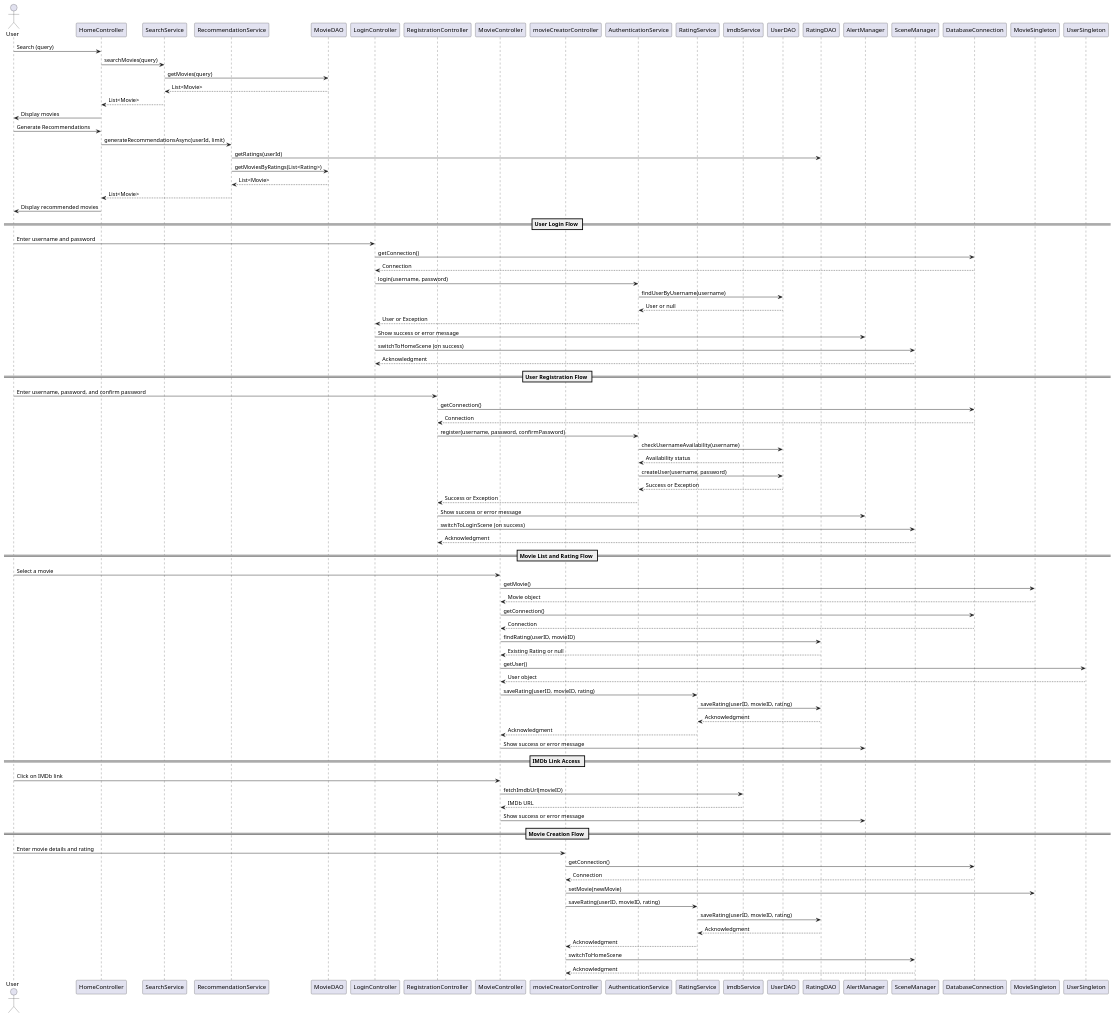
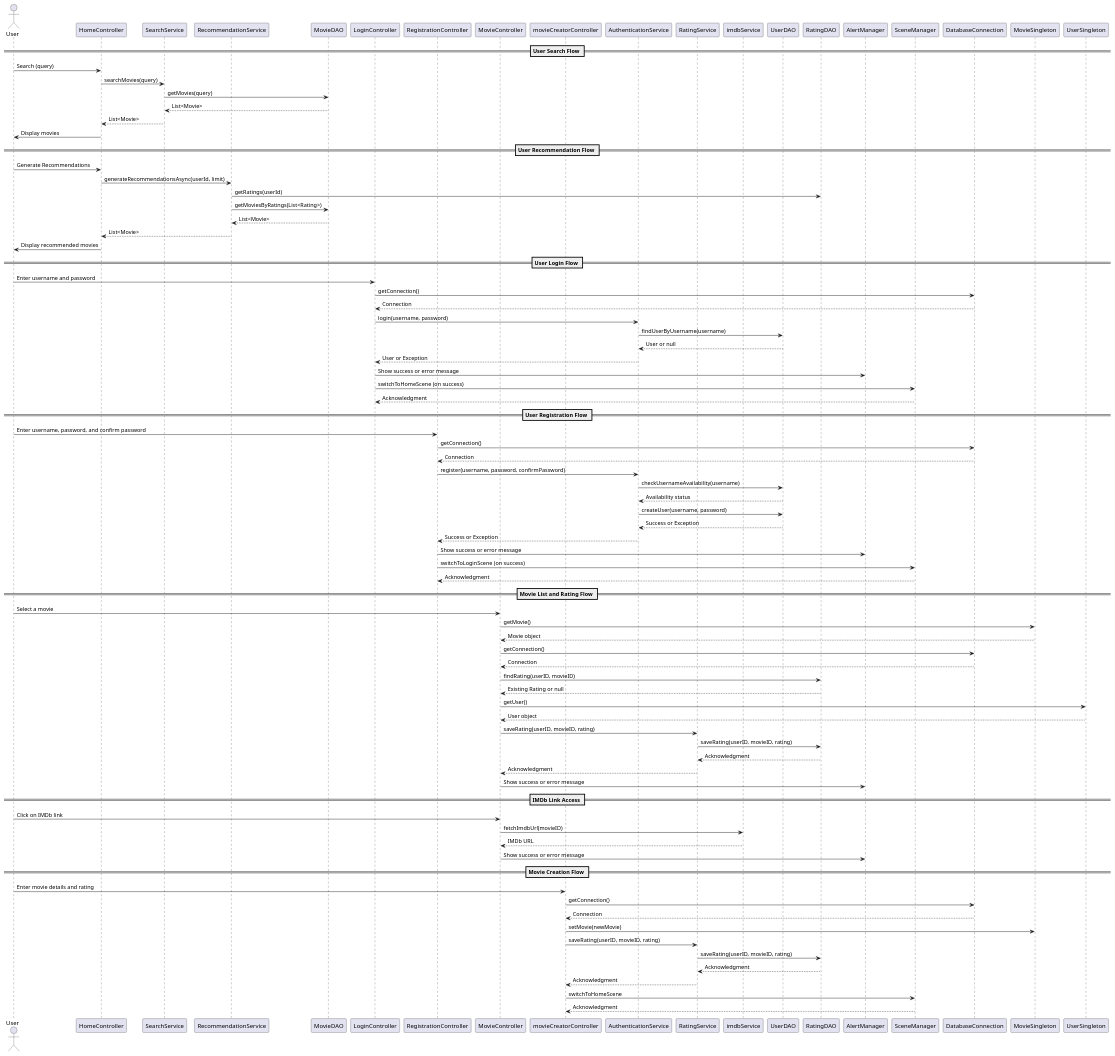
The diagram in uml/sequence_diagram.puml (Kacper-Slezak/SRF), drawn with PlantUML before and after one commit. The commit also changed 5 other files, not shown here.

```diff
--- a/uml/sequence_diagram.puml
+++ b/uml/sequence_diagram.puml
@@ -1,98 +1,100 @@
 @startuml
 actor User
 participant HomeController
 participant SearchService
 participant RecommendationService
 participant MovieDAO
 participant LoginController
 participant RegistrationController
 participant MovieController
 participant movieCreatorController
 participant AuthenticationService
 participant RatingService
 participant imdbService
 participant UserDAO
 participant RatingDAO
 participant AlertManager
 participant SceneManager
 participant DatabaseConnection
 participant MovieSingleton
 participant UserSingleton
 
-
-    User -> HomeController : Search (query)
+== User Search Flow ==
+User -> HomeController : Search (query)
 HomeController -> SearchService : searchMovies(query)
 SearchService -> MovieDAO : getMovies(query)
 MovieDAO --> SearchService : List<Movie>
 SearchService --> HomeController : List<Movie>
 HomeController -> User : Display movies
+
+== User Recommendation Flow ==
 
 User -> HomeController : Generate Recommendations
 HomeController -> RecommendationService : generateRecommendationsAsync(userId, limit)
 RecommendationService -> RatingDAO : getRatings(userId)
 RecommendationService -> MovieDAO : getMoviesByRatings(List<Rating>)
 MovieDAO --> RecommendationService : List<Movie>
 RecommendationService --> HomeController : List<Movie>
 HomeController -> User : Display recommended movies
 
 == User Login Flow ==
 User -> LoginController : Enter username and password
 LoginController -> DatabaseConnection : getConnection()
 DatabaseConnection --> LoginController : Connection
 LoginController -> AuthenticationService : login(username, password)
 AuthenticationService -> UserDAO : findUserByUsername(username)
 UserDAO --> AuthenticationService : User or null
 AuthenticationService --> LoginController : User or Exception
 LoginController -> AlertManager : Show success or error message
 LoginController -> SceneManager : switchToHomeScene (on success)
 SceneManager --> LoginController : Acknowledgment
 
 == User Registration Flow ==
 User -> RegistrationController : Enter username, password, and confirm password
 RegistrationController -> DatabaseConnection : getConnection()
 DatabaseConnection --> RegistrationController : Connection
 RegistrationController -> AuthenticationService : register(username, password, confirmPassword)
 AuthenticationService -> UserDAO : checkUsernameAvailability(username)
 UserDAO --> AuthenticationService : Availability status
 AuthenticationService -> UserDAO : createUser(username, password)
 UserDAO --> AuthenticationService : Success or Exception
 AuthenticationService --> RegistrationController : Success or Exception
 RegistrationController -> AlertManager : Show success or error message
 RegistrationController -> SceneManager : switchToLoginScene (on success)
 SceneManager --> RegistrationController : Acknowledgment
 
 == Movie List and Rating Flow ==
 User -> MovieController : Select a movie
 MovieController -> MovieSingleton : getMovie()
 MovieSingleton --> MovieController : Movie object
 MovieController -> DatabaseConnection : getConnection()
 DatabaseConnection --> MovieController : Connection
 MovieController -> RatingDAO : findRating(userID, movieID)
 RatingDAO --> MovieController : Existing Rating or null
 MovieController -> UserSingleton : getUser()
 UserSingleton --> MovieController : User object
 MovieController -> RatingService : saveRating(userID, movieID, rating)
 RatingService -> RatingDAO : saveRating(userID, movieID, rating)
 RatingDAO --> RatingService : Acknowledgment
 RatingService --> MovieController : Acknowledgment
 MovieController -> AlertManager : Show success or error message
 
 == IMDb Link Access ==
 User -> MovieController : Click on IMDb link
 MovieController -> imdbService : fetchImdbUrl(movieID)
 imdbService --> MovieController : IMDb URL
 MovieController -> AlertManager : Show success or error message
 
 == Movie Creation Flow ==
 User -> movieCreatorController : Enter movie details and rating
 movieCreatorController -> DatabaseConnection : getConnection()
 DatabaseConnection --> movieCreatorController : Connection
 movieCreatorController -> MovieSingleton : setMovie(newMovie)
 movieCreatorController -> RatingService : saveRating(userID, movieID, rating)
 RatingService -> RatingDAO : saveRating(userID, movieID, rating)
 RatingDAO --> RatingService : Acknowledgment
 RatingService --> movieCreatorController : Acknowledgment
 movieCreatorController -> SceneManager : switchToHomeScene
 SceneManager --> movieCreatorController : Acknowledgment
 
 @enduml
```
